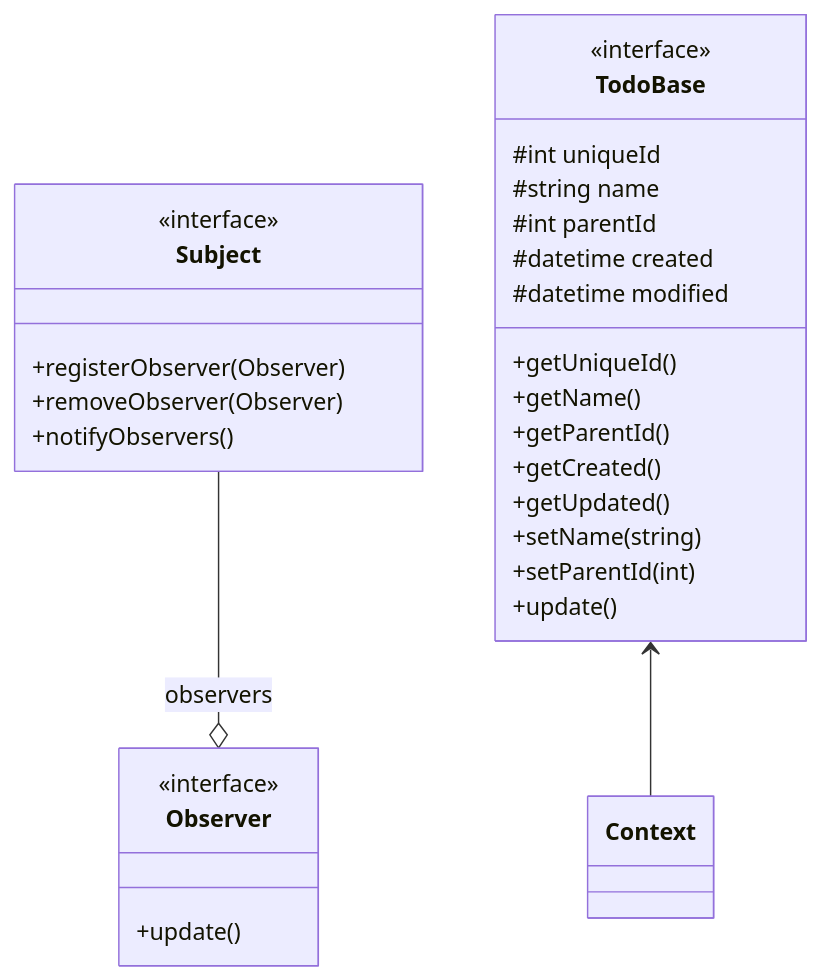
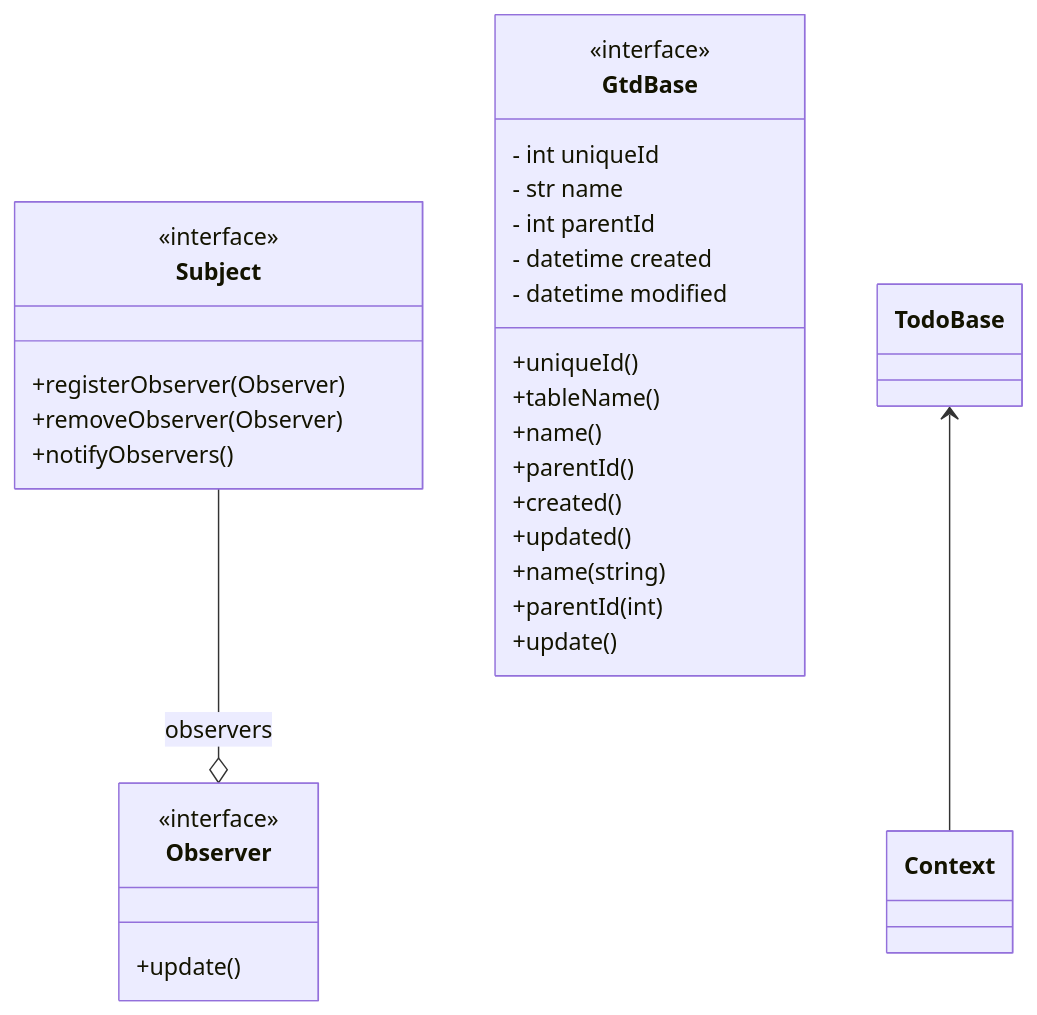
The diagram in documentation/todo_class_diagram.md (Trozzel/TaskManager), drawn with Mermaid before and after one commit. The commit also changed 28 other files, not shown here.

````diff
--- a/documentation/todo_class_diagram.md
+++ b/documentation/todo_class_diagram.md
@@ -3,35 +3,36 @@
 ``` mermaid
     classDiagram
     class Observer {
         +update()
     }
     <<interface>> Observer
 
     class Subject {
         +registerObserver(Observer)
         +removeObserver(Observer)
         +notifyObservers()
     }
     <<interface>> Subject
 
     Subject --o Observer : observers
 
-    class TodoBase {
-        #int uniqueId
-        #string name
-        #int parentId
-        #datetime created
-        #datetime modified
-        +getUniqueId()
-        +getName()
-        +getParentId()
-        +getCreated()
-        +getUpdated()
-        +setName(string)
-        +setParentId(int)
+    class GtdBase {
+        - int uniqueId
+        - str name
+        - int parentId
+        - datetime created
+        - datetime modified
+        +uniqueId()
+        +tableName()
+        +name()
+        +parentId()
+        +created()
+        +updated()
+        +name(string)
+        +parentId(int)
         +update()
     }
-    <<interface>> TodoBase
+    <<interface>> GtdBase
 
    TodoBase <-- Context
 ```
````
